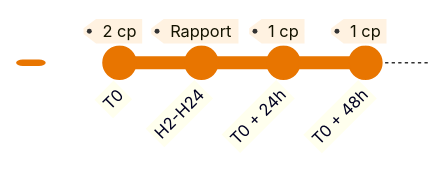
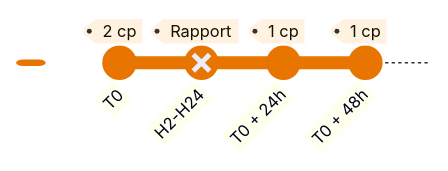
One commit to djibe/recommandations-medicales changed the third of 3 diagrams in content/recommandations/prophylaxie-preexposition-prep.md. Above: the diagram before and after it, drawn with Mermaid. The commit also changed other lines of this file and 10 other files, not shown here.

```diff
--- a/content/recommandations/prophylaxie-preexposition-prep.md
+++ b/content/recommandations/prophylaxie-preexposition-prep.md
@@ -307,8 +323,8 @@
-{{< mermaid title="Utilisation de la PrEP en schéma discontinu (homme uniquement, hors AMM et hors VHB actif). Dr JB Fron d'après HAS 2021" >}}
+{{< mermaid title="Utilisation de la PrEP en schéma discontinu (homme/femme transgenre uniquement hors VHB actif). Dr JB Fron d'après HAS 2024" >}}
 %%{init: { 'gitGraph': { 'mainBranchName': '' }, 'themeVariables': { 'git0' : '#e87500', 'tagLabelBackground': '#FFF2E1', 'tagLabelBorder': '#fff' }}}%%
 gitGraph
   commit id: "T0" tag: "2 cp"
-  commit id: "H2-H24" tag: "Rapport"
+  commit id: "H2-H24" tag: "Rapport" type: REVERSE
   commit id: "T0 + 24h" tag: "1 cp"
   commit id: "T0 + 48h" tag: "1 cp"
 {{< /mermaid >}}
```
